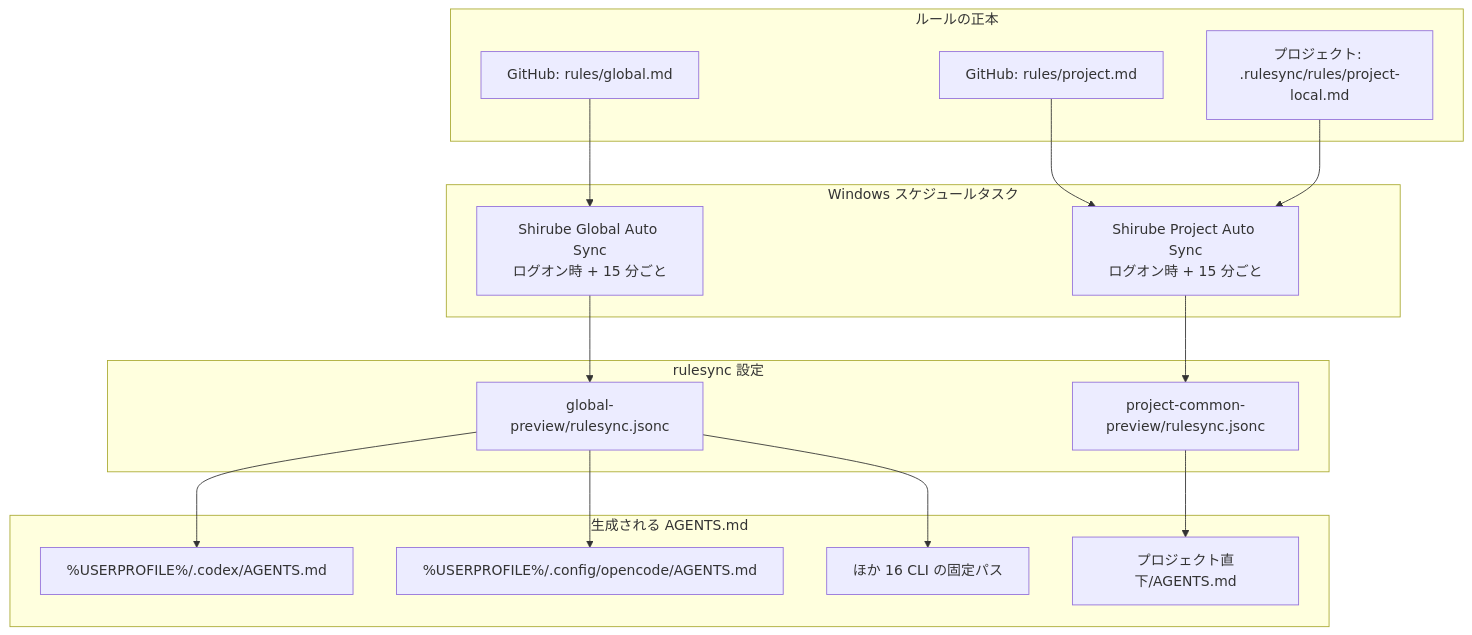
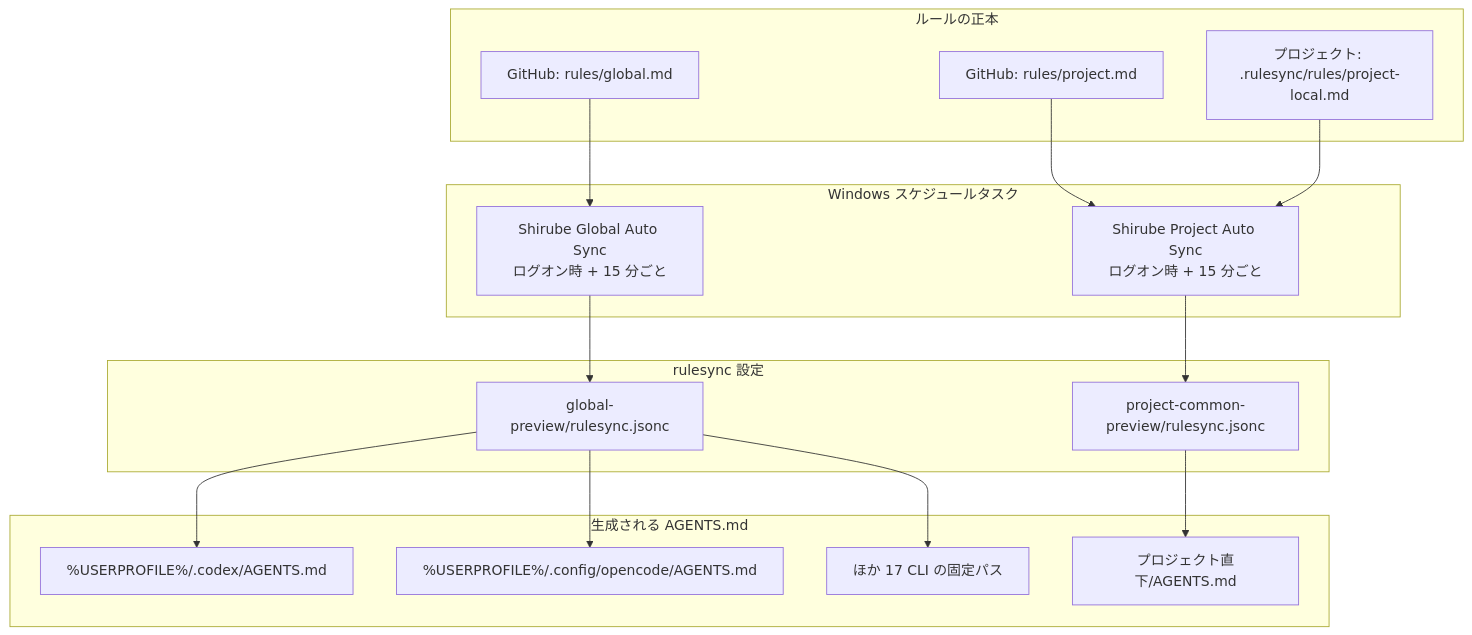
Before and after one commit to Fizor-drm/Shirube: the diagram in README.md, drawn with Mermaid.

Commit message:
docs: count the other Global CLIs as 17

````diff
--- a/README.md
+++ b/README.md
@@ -27,33 +27,33 @@
 ```mermaid
 flowchart TB
   subgraph S [ルールの正本]
     G["GitHub: rules/global.md"]
     P["GitHub: rules/project.md"]
     L["プロジェクト: .rulesync/rules/project-local.md"]
   end
 
   subgraph T [Windows スケジュールタスク]
     TG["Shirube Global Auto Sync<br/>ログオン時 + 15 分ごと"]
     TP["Shirube Project Auto Sync<br/>ログオン時 + 15 分ごと"]
   end
 
   subgraph C [rulesync 設定]
     CG["global-preview/rulesync.jsonc"]
     CP["project-common-preview/rulesync.jsonc"]
   end
 
   subgraph O [生成される AGENTS.md]
     OG["%USERPROFILE%/.codex/AGENTS.md"]
     OO["%USERPROFILE%/.config/opencode/AGENTS.md"]
-    OX["ほか 16 CLI の固定パス"]
+    OX["ほか 17 CLI の固定パス"]
     OP["プロジェクト直下/AGENTS.md"]
   end
 
   G --> TG --> CG
   CG --> OG
   CG --> OO
   CG --> OX
   P --> TP
   L --> TP
   TP --> CP --> OP
 ```
````
